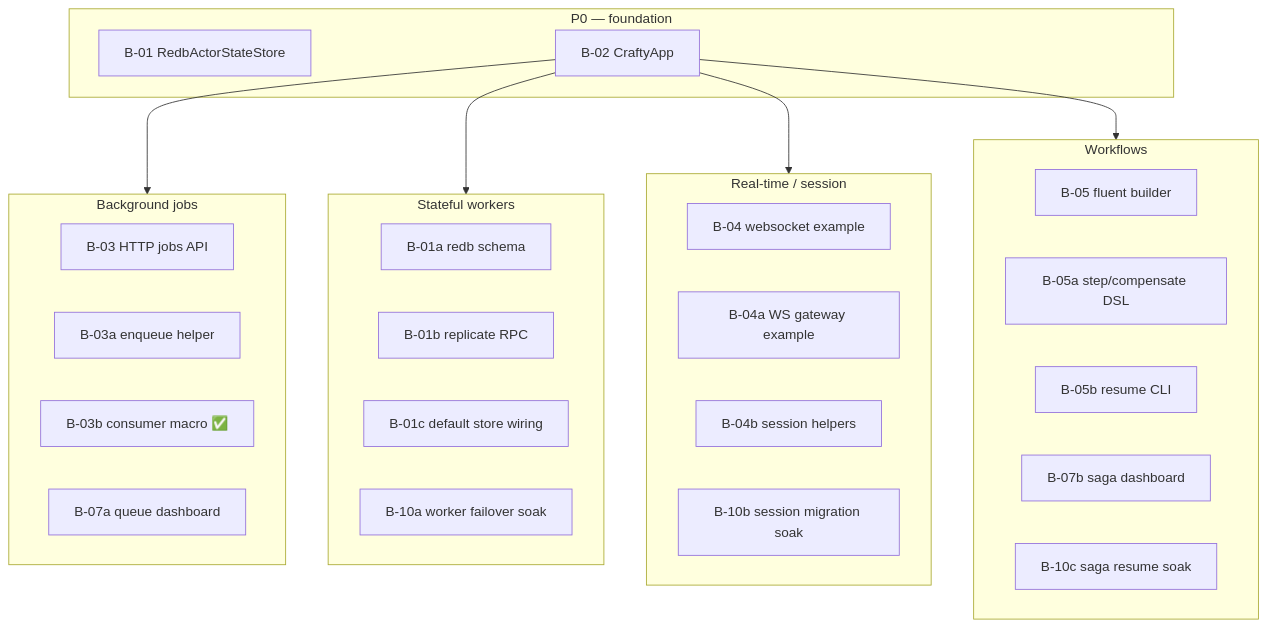
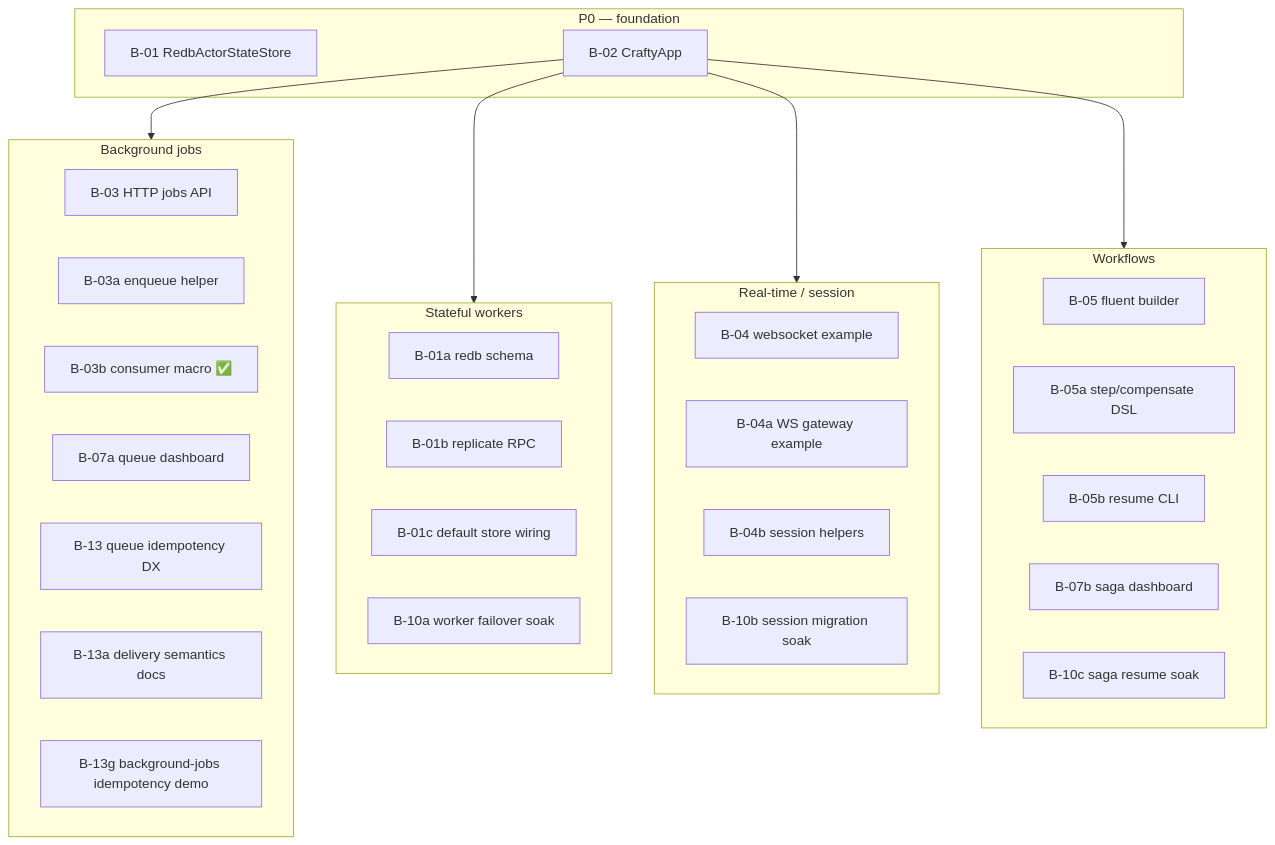
One commit to lemarco/craft changed the diagram in docs/backlog.md. Above: the diagram before and after it, drawn with Mermaid. The commit also changed other lines of this file, not shown here.

First line of the commit message:
docs: update backlog for B-13 job queue delivery semantics and idempotency

````diff
--- a/docs/backlog.md
+++ b/docs/backlog.md
@@ -53,42 +53,45 @@
 ```mermaid
 flowchart TB
     subgraph P0["P0 — foundation"]
         B01[B-01 RedbActorStateStore]
         B02[B-02 CraftyApp]
     end
 
     subgraph Jobs["Background jobs"]
         B03[B-03 HTTP jobs API]
         B03a[B-03a enqueue helper]
         B03b[B-03b consumer macro ✅]
         B07a[B-07a queue dashboard]
+        B13[B-13 queue idempotency DX]
+        B13a[B-13a delivery semantics docs]
+        B13g[B-13g background-jobs idempotency demo]
     end
 
     subgraph Workers["Stateful workers"]
         B01
         B01a[B-01a redb schema]
         B01b[B-01b replicate RPC]
         B01c[B-01c default store wiring]
         B10a[B-10a worker failover soak]
     end
 
     subgraph Sessions["Real-time / session"]
         B04[B-04 websocket example]
         B04a[B-04a WS gateway example]
         B04b[B-04b session helpers]
         B10b[B-10b session migration soak]
     end
 
     subgraph Workflows["Workflows"]
         B05[B-05 fluent builder]
         B05a[B-05a step/compensate DSL]
         B05b[B-05b resume CLI]
         B07b[B-07b saga dashboard]
         B10c[B-10c saga resume soak]
     end
 
     B02 --> Jobs
     B02 --> Workers
     B02 --> Sessions
     B02 --> Workflows
 ```
````
